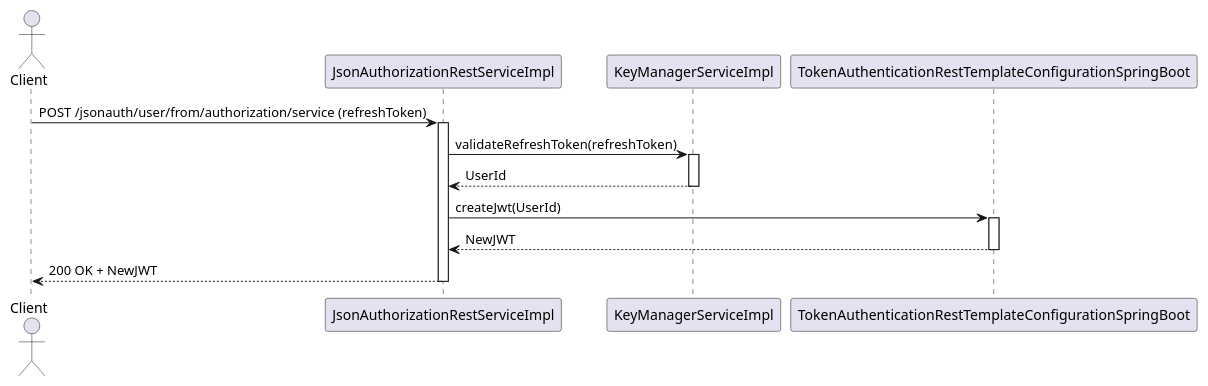
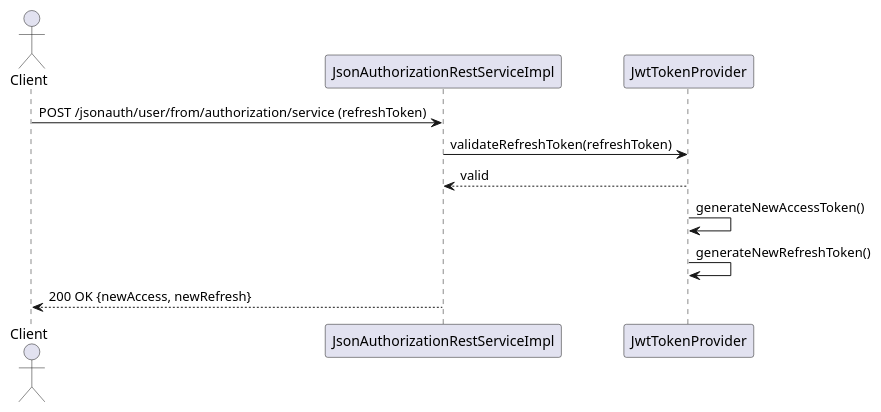
The second of 7 diagrams in knowledge/architecture/arc42/06-part1-api-flows.md (aymenmastouri/aicodegencrew), drawn with PlantUML before and after one commit. The commit also changed other lines of this file and 28 other files, not shown here.

Commit message:
[aicodegencrew] phase3_architecture_synthesis completed - 2026-02-09 18:15:23

````diff
--- a/knowledge/architecture/arc42/06-part1-api-flows.md
+++ b/knowledge/architecture/arc42/06-part1-api-flows.md
@@ -65,21 +61,14 @@
 ```plantuml
 @startuml
 actor Client
-participant JsonAuthorizationRestServiceImpl as RefreshCtrl
-participant KeyManagerServiceImpl as KMService
-participant TokenAuthenticationRestTemplateConfigurationSpringBoot as TokenCfg
+participant JsonAuthorizationRestServiceImpl as AuthCtrl
+participant JwtTokenProvider as JwtProv
 
-Client -> RefreshCtrl: POST /jsonauth/user/from/authorization/service (refreshToken)
-activate RefreshCtrl
-RefreshCtrl -> KMService: validateRefreshToken(refreshToken)
-activate KMService
-KMService --> RefreshCtrl: UserId
-deactivate KMService
-RefreshCtrl -> TokenCfg: createJwt(UserId)
-activate TokenCfg
-TokenCfg --> RefreshCtrl: NewJWT
-deactivate TokenCfg
-RefreshCtrl --> Client: 200 OK + NewJWT
-deactivate RefreshCtrl
+Client -> AuthCtrl: POST /jsonauth/user/from/authorization/service (refreshToken)
+AuthCtrl -> JwtProv: validateRefreshToken(refreshToken)
+JwtProv --> AuthCtrl: valid
+JwtProv -> JwtProv: generateNewAccessToken()
+JwtProv -> JwtProv: generateNewRefreshToken()
+AuthCtrl --> Client: 200 OK {newAccess, newRefresh}
 @enduml
 ```
````
